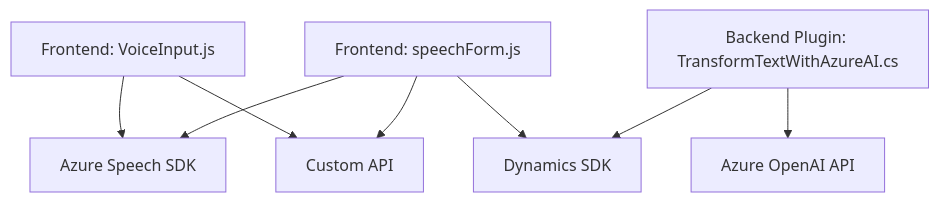
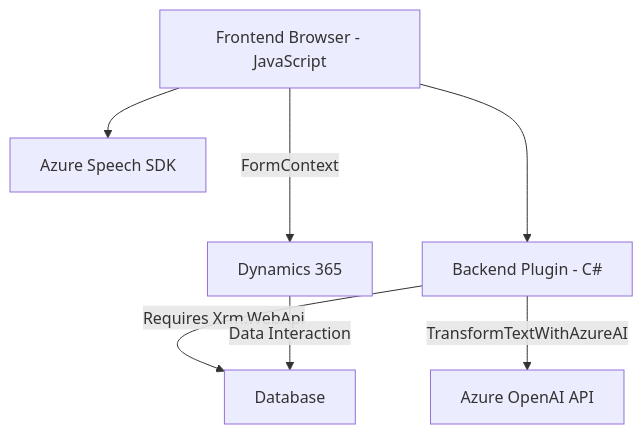
One commit to blopezdm/NETCORE_BILBAO2025 changed the diagram in README.md. Above: the diagram before and after it, drawn with Mermaid. The commit also changed other lines of this file, not shown here.

````diff
--- a/README.md
+++ b/README.md
@@ -46,18 +58,16 @@
 ```mermaid
 graph TD
-    A["Frontend: VoiceInput.js"]
-    B["Frontend: speechForm.js"]
-    C["Backend Plugin: TransformTextWithAzureAI.cs"]
-    D["Azure Speech SDK"]
+    A["Frontend Browser - JavaScript"]
+    B["Azure Speech SDK"]
+    C["Dynamics 365"]
+    D["Backend Plugin - C#"]
     E["Azure OpenAI API"]
-    F["Dynamics SDK"]
-    G["Custom API"]
-    
-    A-->D
-    A-->G
-    B-->D
-    B-->F
-    B-->G
-    C-->E
-    C-->F
+    F["Database"]
+
+    A --> B
+    A -->|FormContext| C
+    A ---> D
+    D -->|TransformTextWithAzureAI| E
+    D -->|Requires Xrm.WebApi| F
+    C -->|Data Interaction| F
 ```
````
